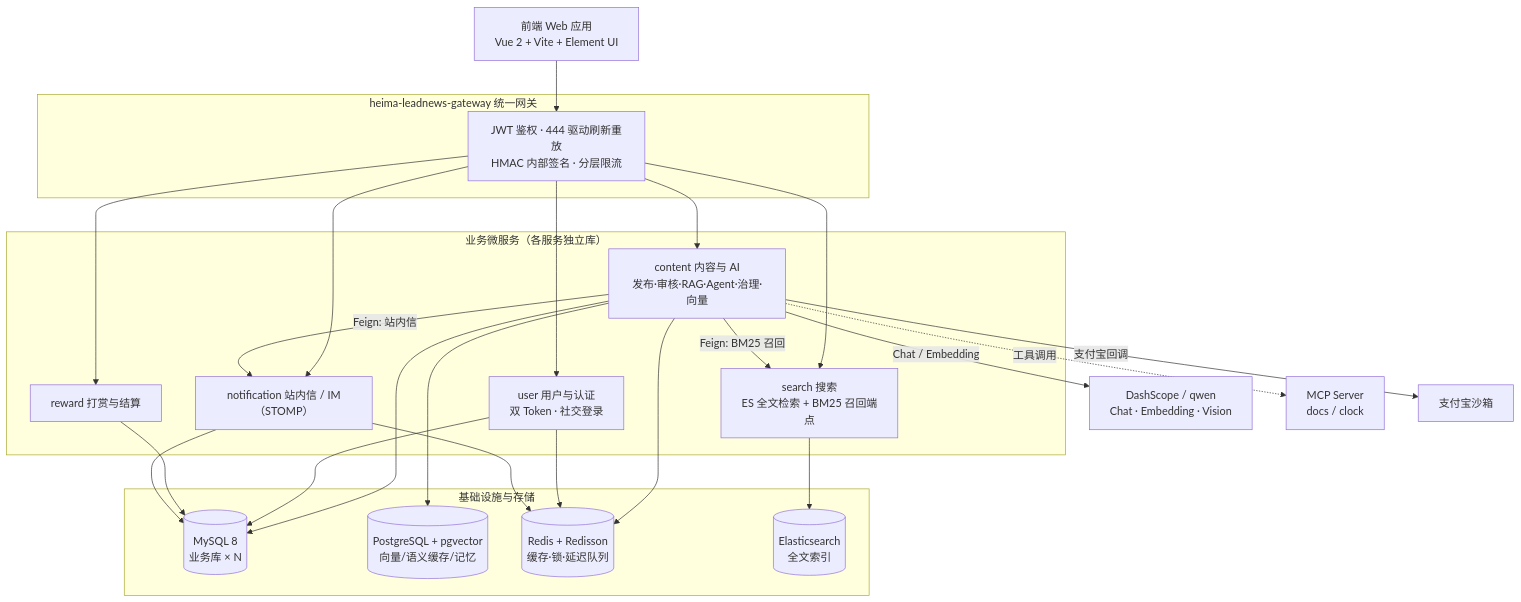
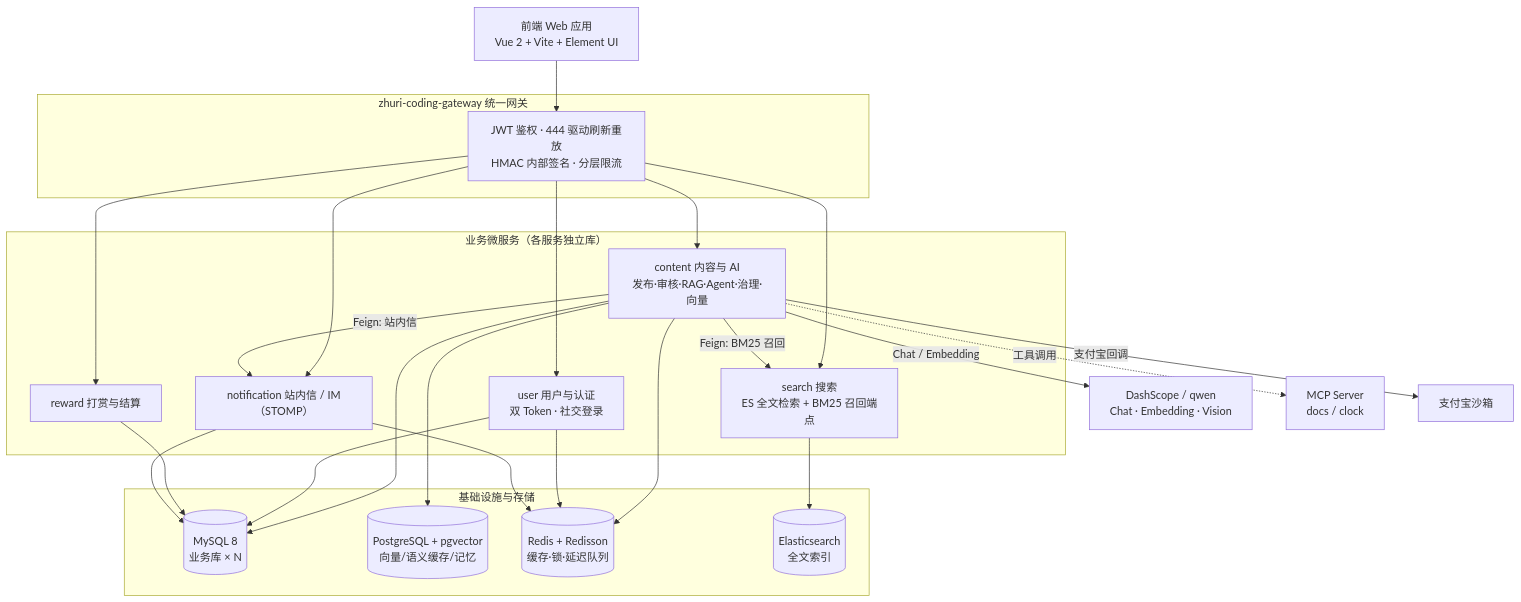
The diagram in README.md (R-ping/ZhuRi-Coding), drawn with Mermaid before and after one commit. The commit also changed other lines of this file and 965 other files, not shown here.

````diff
--- a/README.md
+++ b/README.md
@@ -164,40 +164,40 @@
 ```mermaid
 flowchart TB
     FE["前端 Web 应用<br/>Vue 2 + Vite + Element UI"]
 
-    subgraph GW["heima-leadnews-gateway 统一网关"]
+    subgraph GW["zhuri-coding-gateway 统一网关"]
         G1["JWT 鉴权 · 444 驱动刷新重放<br/>HMAC 内部签名 · 分层限流"]
     end
 
     subgraph SVC["业务微服务（各服务独立库）"]
         USER["user 用户与认证<br/>双 Token · 社交登录"]
         CONTENT["content 内容与 AI<br/>发布·审核·RAG·Agent·治理·向量"]
         SEARCH["search 搜索<br/>ES 全文检索 + BM25 召回端点"]
         REWARD["reward 打赏与结算"]
         NOTIFY["notification 站内信 / IM（STOMP）"]
     end
 
     subgraph INFRA["基础设施与存储"]
         MYSQL[("MySQL 8<br/>业务库 × N")]
         PGV[("PostgreSQL + pgvector<br/>向量/语义缓存/记忆")]
         REDIS[("Redis + Redisson<br/>缓存·锁·延迟队列")]
         ES[("Elasticsearch<br/>全文索引")]
     end
 
     LLM["DashScope / qwen<br/>Chat · Embedding · Vision"]
     MCP["MCP Server<br/>docs / clock"]
     ALIPAY["支付宝沙箱"]
 
     FE --> G1
     G1 --> USER & CONTENT & SEARCH & REWARD & NOTIFY
     CONTENT --> MYSQL & PGV & REDIS
     CONTENT -->|Chat / Embedding| LLM
     CONTENT -->|Feign: BM25 召回| SEARCH
     CONTENT -->|Feign: 站内信| NOTIFY
     CONTENT -->|支付宝回调| ALIPAY
     SEARCH --> ES
     USER --> MYSQL & REDIS
     REWARD --> MYSQL
     NOTIFY --> MYSQL & REDIS
     CONTENT -.->|工具调用| MCP
 ```
````
